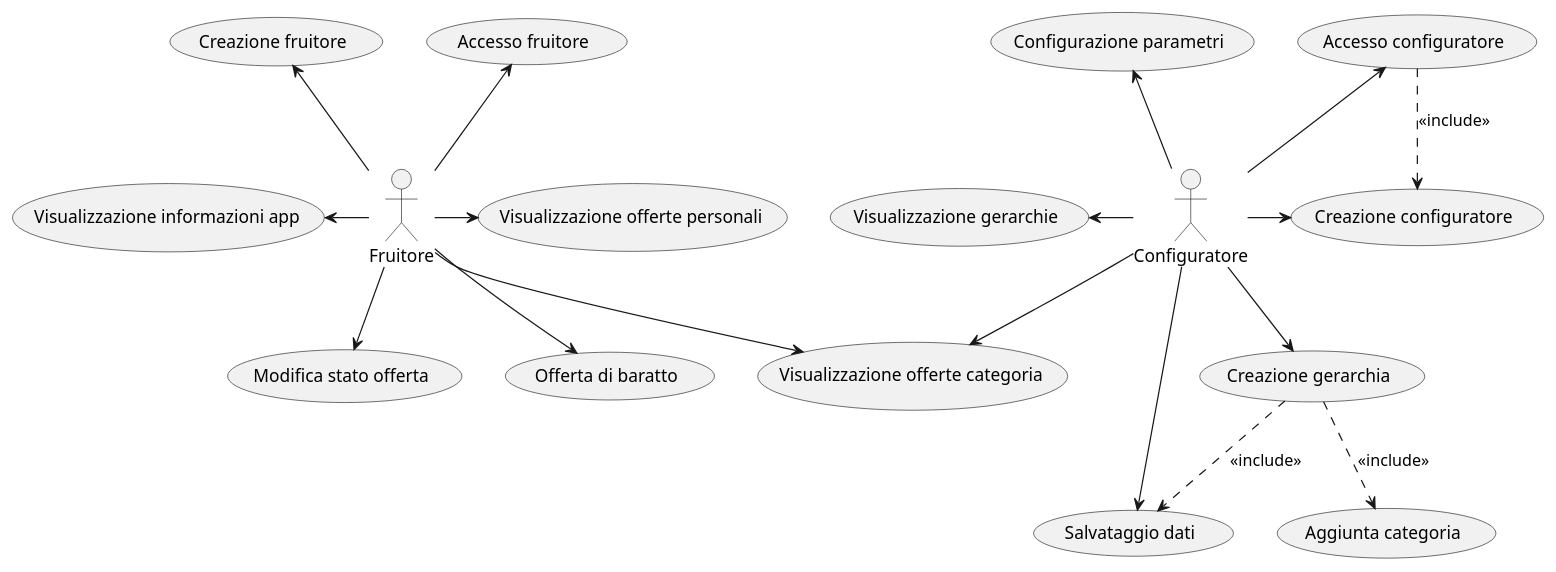
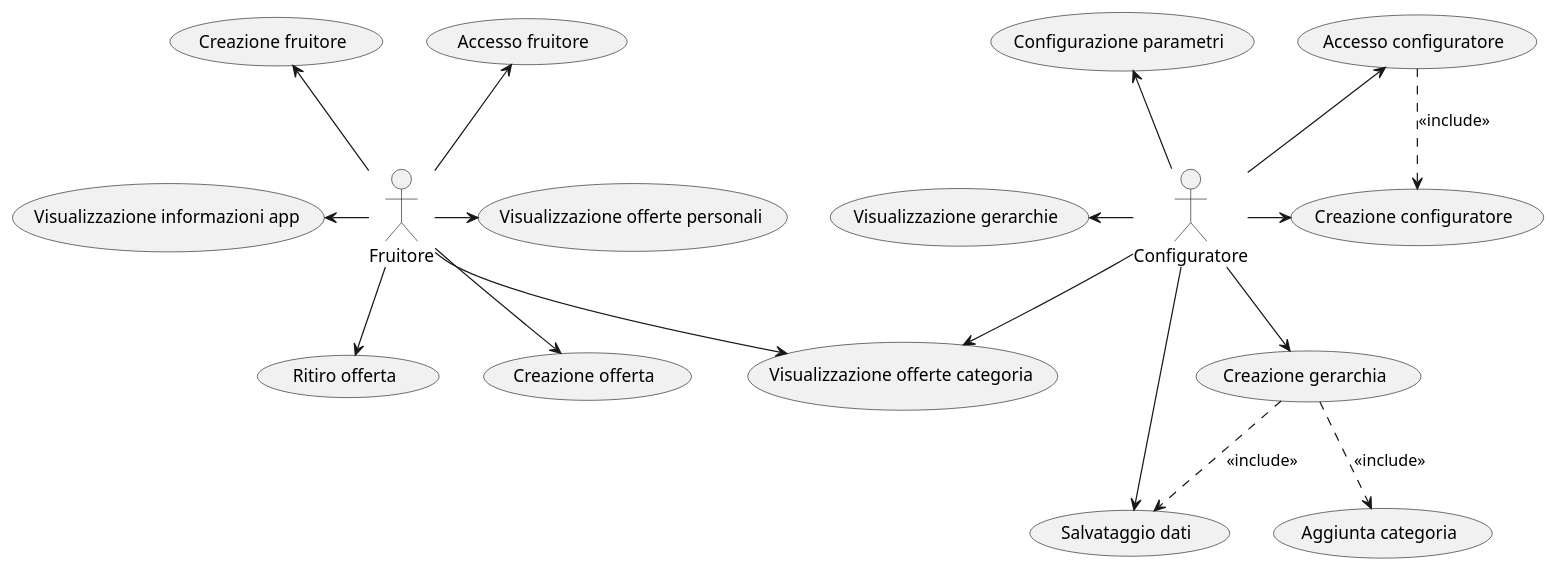
One commit to eletoo/inge_del_software changed the diagram in doc/uml/version3/puml/Use case diagram-Version3.0.puml. Above: the diagram before and after it, drawn with PlantUML. The commit also changed 7 other files, not shown here.

```diff
--- a/doc/uml/version3/puml/Use case diagram-Version3.0.puml
+++ b/doc/uml/version3/puml/Use case diagram-Version3.0.puml
@@ -1,43 +1,43 @@
 @startuml
 
 :Fruitore: as Admin
 (Accesso fruitore) as (UseF1)
 (Creazione fruitore) as (UseF2)
 (Visualizzazione informazioni app) as (UseF3)
 (Visualizzazione offerte categoria) as (UseF5)
 (Visualizzazione offerte personali) as (UseF6)
-(Offerta di baratto) as (UseF7)
-(Modifica stato offerta) as (UseF8)
+(Creazione offerta) as (UseF7)
+(Ritiro offerta) as (UseF8)
 
 Admin -left-> (UseF3)
 Admin -up-> (UseF1)
 Admin -up-> (UseF2)
 Admin -right-> (UseF6)
 Admin --> (UseF5)
 Admin --> (UseF7)
 Admin --> (UseF8)
 
 (Accesso configuratore) as (Use1)
 (Creazione configuratore) as (Use2)
 (Salvataggio dati) as (Use3)
 (Visualizzazione gerarchie) as (Use4)
 (Creazione gerarchia) as (Use5)
 (Aggiunta categoria) as (Use6)
 (Configurazione parametri) as (Use7)
 
 :Configuratore: as Admin2
 Admin2 -left-> (Use4)
 Admin2 --> (Use5)
 Admin2 --> (Use3)
 Admin2 -right-> (Use2)
 Admin2 -up-> (Use1)
 Admin2 -up-> (Use7)
 Admin2 --> (UseF5)
 
 
 (Use1) ..> (Use2): <<include>>
 (Use5) ..> (Use6): <<include>>
 (Use5) ..> (Use3): <<include>>
 
 
 @enduml
```
